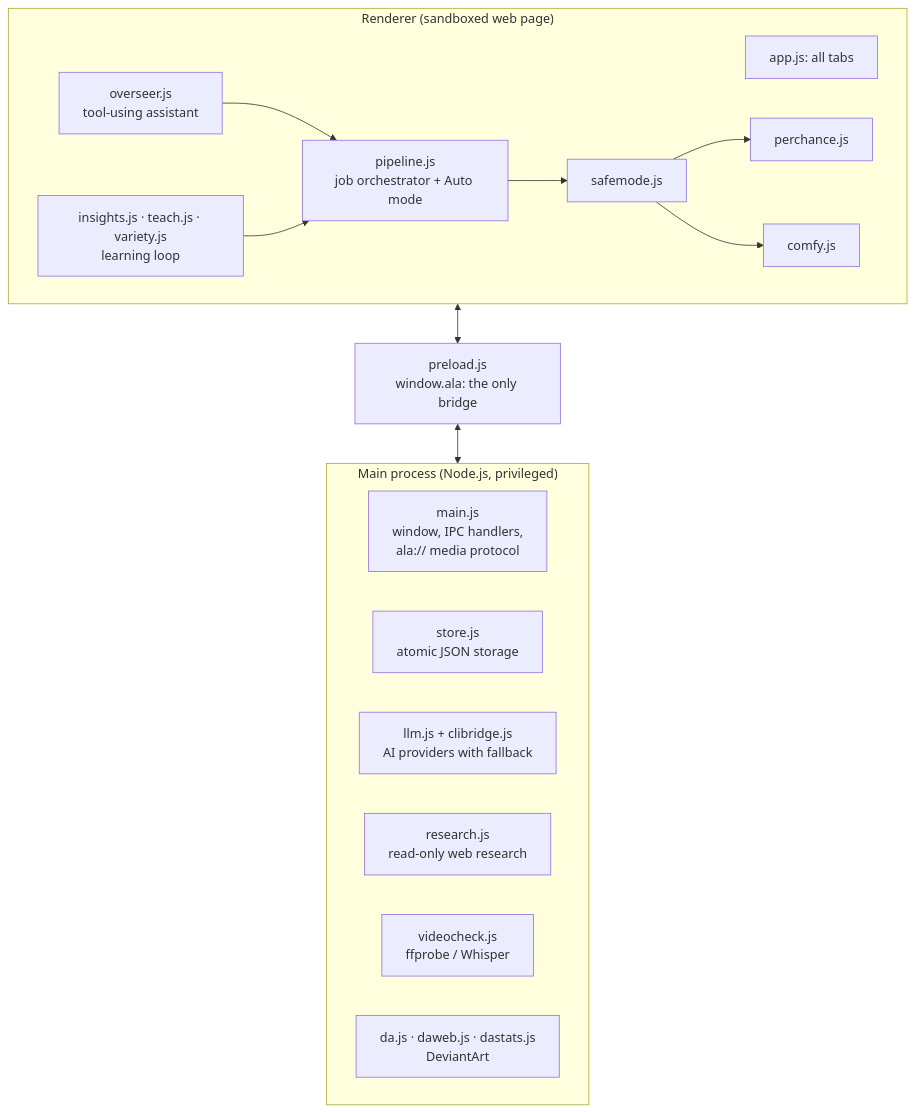
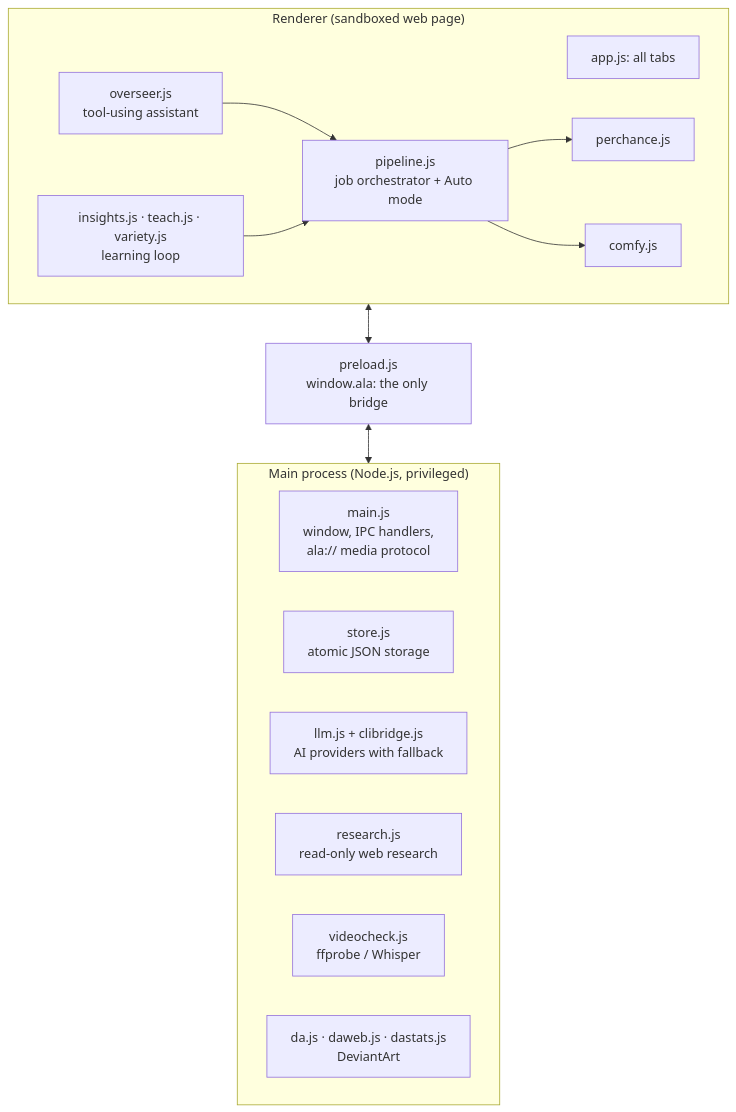
Before and after one commit to PanPenek/AiLaborAutomation-Showcase: the second of 2 diagrams in README.md, drawn with Mermaid. The commit also changed other lines of this file and 15 other files, not shown here.

````diff
--- a/README.md
+++ b/README.md
@@ -242,28 +224,26 @@
 ```mermaid
 flowchart TB
     subgraph Main["Main process (Node.js, privileged)"]
         M[main.js<br/>window, IPC handlers,<br/>ala:// media protocol]
         S[store.js<br/>atomic JSON storage]
         L[llm.js + clibridge.js<br/>AI providers with fallback]
         R[research.js<br/>read-only web research]
         V[videocheck.js<br/>ffprobe / Whisper]
         D[da.js · daweb.js · dastats.js<br/>DeviantArt]
     end
     P[preload.js<br/>window.ala: the only bridge]
     subgraph UI["Renderer (sandboxed web page)"]
         A[app.js: all tabs]
         PL[pipeline.js<br/>job orchestrator + Auto mode]
         G1[perchance.js]
         G2[comfy.js]
-        SM[safemode.js]
         O[overseer.js<br/>tool-using assistant]
         I[insights.js · teach.js · variety.js<br/>learning loop]
     end
     UI <--> P
     P <--> Main
-    PL --> SM
-    SM --> G1
-    SM --> G2
+    PL --> G1
+    PL --> G2
     O --> PL
     I --> PL
 ```
````
